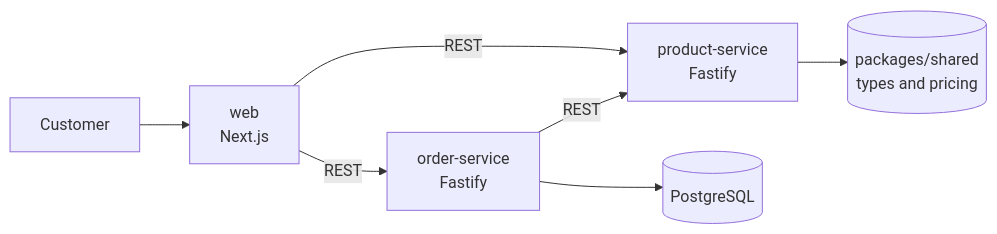
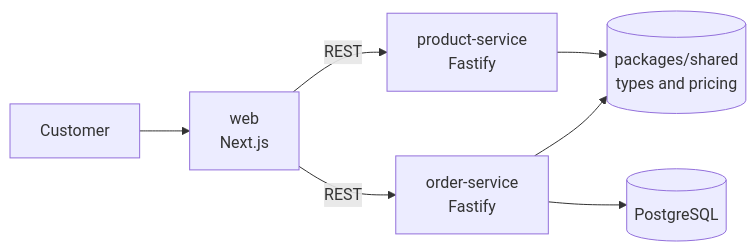
One commit to deki84/Awning-Configurator changed the diagram in README.md. Above: the diagram before and after it, drawn with Mermaid. The commit also changed other lines of this file and 1 other file, not shown here.

````diff
--- a/README.md
+++ b/README.md
@@ -19,9 +23,9 @@
 ```mermaid
 flowchart LR
     U[Customer] --> W[web<br/>Next.js]
     W -->|REST| P[product-service<br/>Fastify]
     W -->|REST| O[order-service<br/>Fastify]
-    O -->|REST| P
     P --> S[(packages/shared<br/>types and pricing)]
+    O --> S
     O --> DB[(PostgreSQL)]
 ```
````
